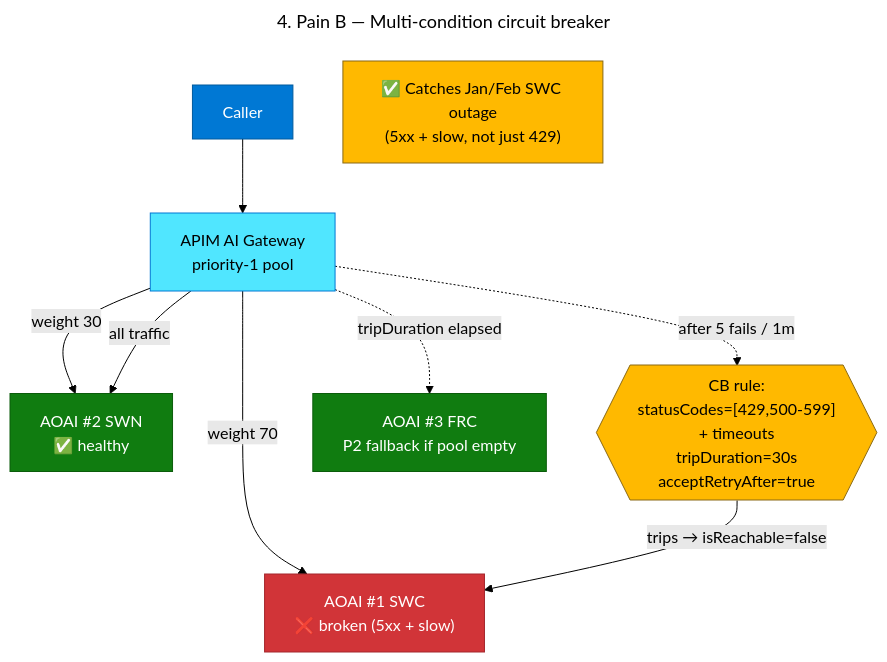
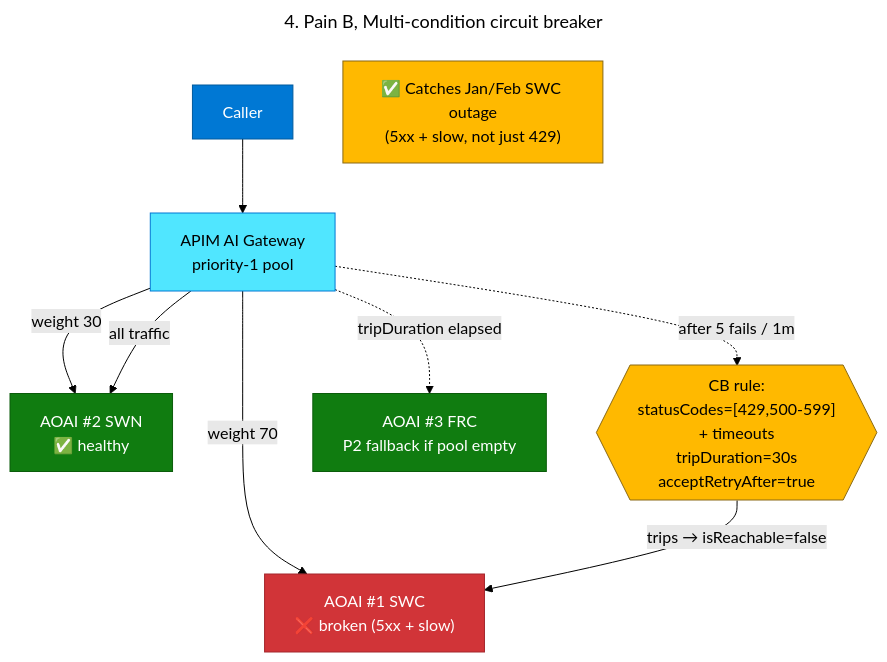
One commit to renepajta/apim-ai-gateway-lab changed the diagram in notebooks/diagrams/04-cb.mmd. Above: the diagram before and after it, drawn with Mermaid (forest theme). The commit also changed 53 other files, not shown here.

```diff
--- a/notebooks/diagrams/04-cb.mmd
+++ b/notebooks/diagrams/04-cb.mmd
@@ -1,25 +1,25 @@
 ---
-title: 4. Pain B — Multi-condition circuit breaker
+title: 4. Pain B, Multi-condition circuit breaker
 ---
 flowchart TB
     C["Caller"] --> G["APIM AI Gateway<br/>priority-1 pool"]
     G -->|"weight 70"| B1["AOAI #1 SWC<br/>❌ broken (5xx + slow)"]
     G -->|"weight 30"| B2["AOAI #2 SWN<br/>✅ healthy"]
     G -. "after 5 fails / 1m" .-> CB{{"CB rule:<br/>statusCodes=[429,500-599]<br/>+ timeouts<br/>tripDuration=30s<br/>acceptRetryAfter=true"}}
     CB -->|"trips → isReachable=false"| B1
     G -->|"all traffic"| B2
     G -. "tripDuration elapsed" .-> B3["AOAI #3 FRC<br/>P2 fallback if pool empty"]
 
     note1["✅ Catches Jan/Feb SWC outage<br/>(5xx + slow, not just 429)"]
 
     classDef client fill:#0078D4,stroke:#005A9E,color:#fff
     classDef gw fill:#50E6FF,stroke:#0078D4,color:#000
     classDef be fill:#107C10,stroke:#0B5C0B,color:#fff
     classDef bad fill:#D13438,stroke:#A4262C,color:#fff
     classDef cb fill:#FFB900,stroke:#8A6914,color:#000
     class C client
     class G gw
     class B2,B3 be
     class B1 bad
     class CB cb
     class note1 cb
```
